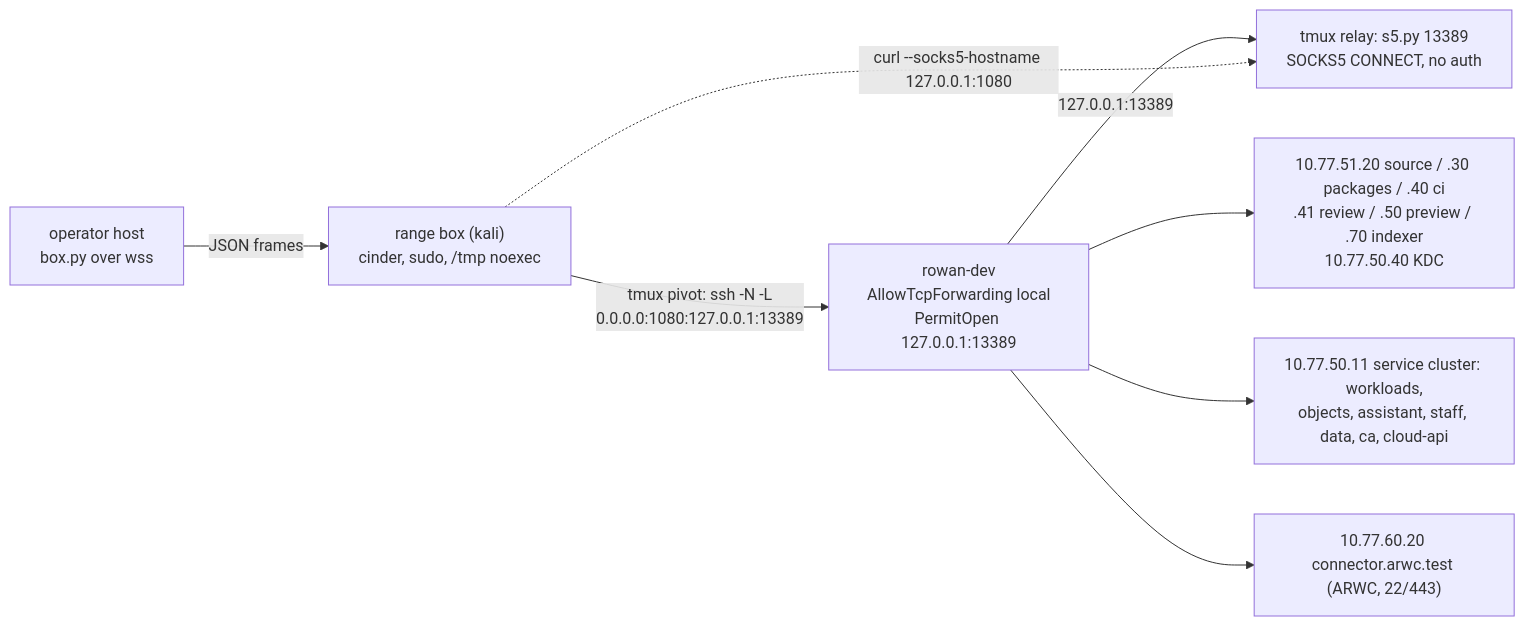
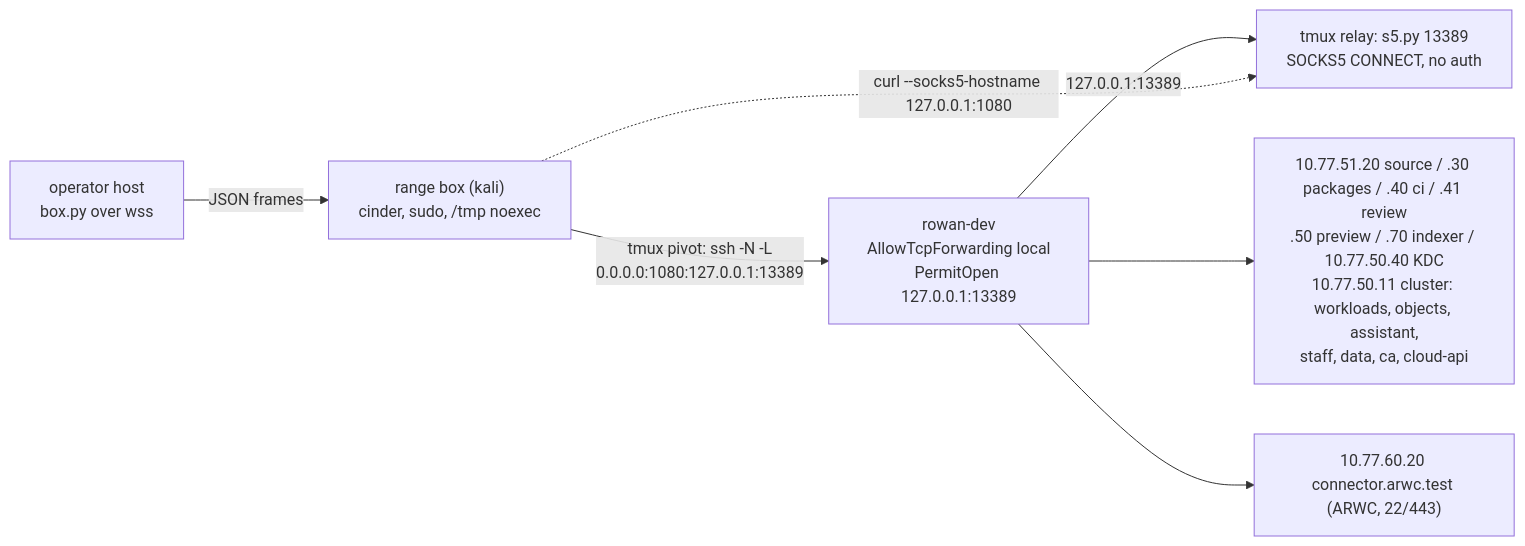
One commit to parzival0037/HTB_Bsides_2026 changed the diagram in docs/05-method-and-tooling.md. Above: the diagram before and after it, drawn with Mermaid. The commit also changed other lines of this file and 3 other files, not shown here.

````diff
--- a/docs/05-method-and-tooling.md
+++ b/docs/05-method-and-tooling.md
@@ -51,10 +52,9 @@
 ```mermaid
 flowchart LR
   A["operator host<br/>box.py over wss"] -->|"JSON frames"| B["range box (kali)<br/>cinder, sudo, /tmp noexec"]
   B -->|"tmux pivot: ssh -N -L<br/>0.0.0.0:1080:127.0.0.1:13389"| C["rowan-dev<br/>AllowTcpForwarding local<br/>PermitOpen 127.0.0.1:13389"]
   C -->|"127.0.0.1:13389"| D["tmux relay: s5.py 13389<br/>SOCKS5 CONNECT, no auth"]
   B -.->|"curl --socks5-hostname 127.0.0.1:1080"| D
-  C --> E["10.77.51.20 source / .30 packages / .40 ci<br/>.41 review / .50 preview / .70 indexer<br/>10.77.50.40 KDC"]
-  C --> F["10.77.50.11 service cluster: workloads,<br/>objects, assistant, staff, data, ca, cloud-api"]
+  C --> E["10.77.51.20 source / .30 packages / .40 ci / .41 review<br/>.50 preview / .70 indexer / 10.77.50.40 KDC<br/>10.77.50.11 cluster: workloads, objects, assistant,<br/>staff, data, ca, cloud-api"]
   C --> G["10.77.60.20 connector.arwc.test (ARWC, 22/443)"]
 ```
````
